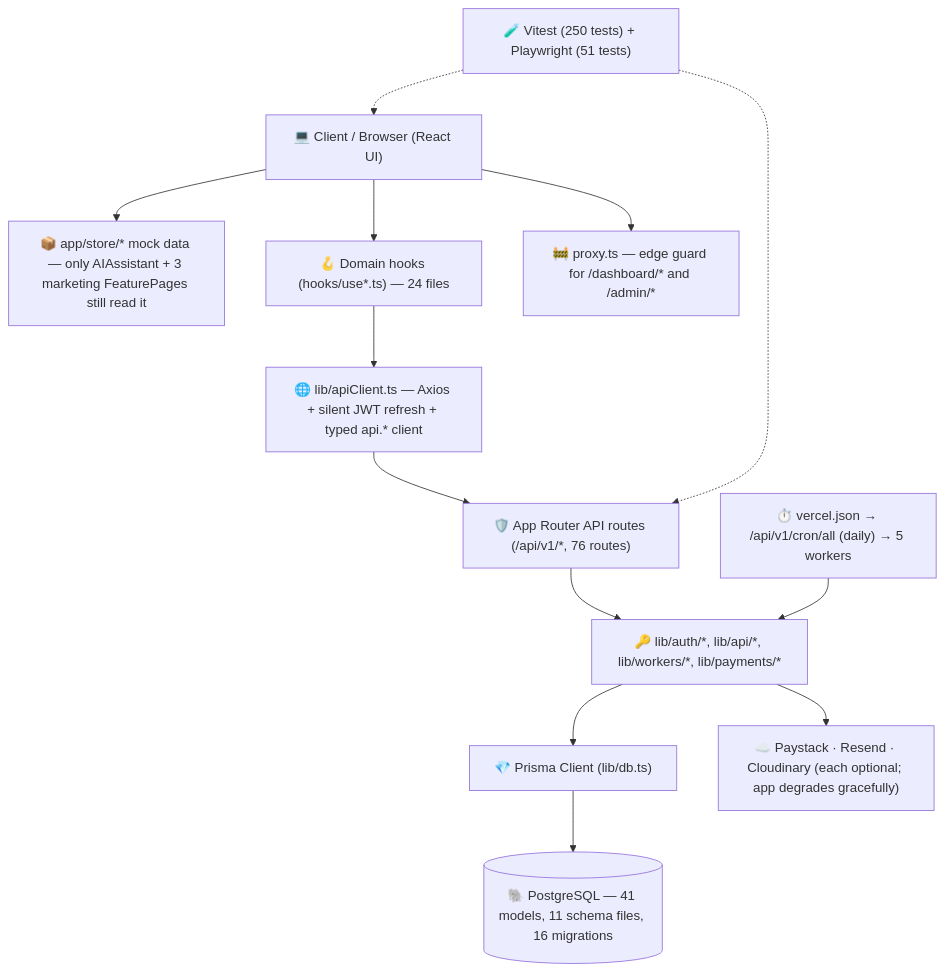
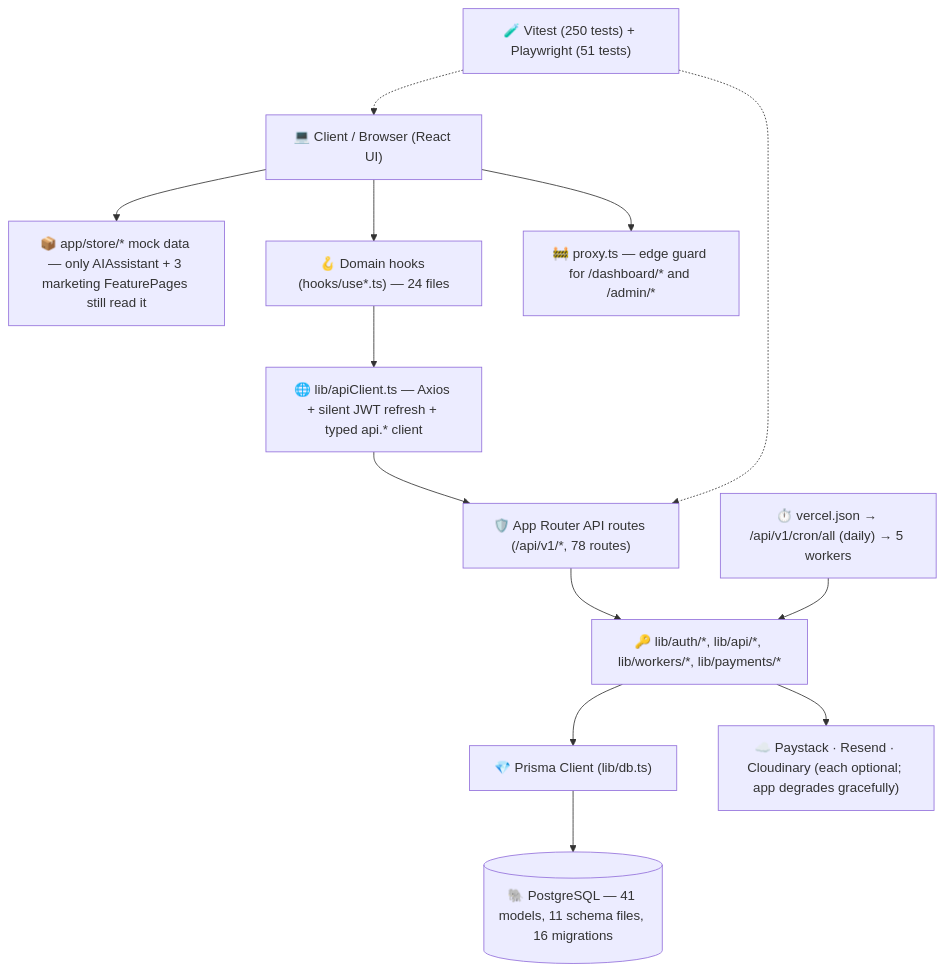
Before and after one commit to Proplity/proplity: the diagram in PROJECT_STRUCTURE.md, drawn with Mermaid. The commit also changed other lines of this file and 40 other files, not shown here.

First line of the commit message:
fix: flow gaps in applications, viewings, vendors and the AI assistant (ISS-045..048) + vendor verification

````diff
--- a/PROJECT_STRUCTURE.md
+++ b/PROJECT_STRUCTURE.md
@@ -11,28 +11,28 @@
 ```mermaid
 graph TD
     Client["💻 Client / Browser (React UI)"]
     Store["📦 app/store/* mock data — only AIAssistant + 3 marketing FeaturePages still read it"]
     Hooks["🪝 Domain hooks (hooks/use*.ts) — 24 files"]
     ApiClient["🌐 lib/apiClient.ts — Axios + silent JWT refresh + typed api.* client"]
     Proxy["🚧 proxy.ts — edge guard for /dashboard/* and /admin/*"]
-    NextApi["🛡️ App Router API routes (/api/v1/*, 76 routes)"]
+    NextApi["🛡️ App Router API routes (/api/v1/*, 78 routes)"]
     LibCore["🔑 lib/auth/*, lib/api/*, lib/workers/*, lib/payments/*"]
     PrismaClient["💎 Prisma Client (lib/db.ts)"]
     Postgres[("🐘 PostgreSQL — 41 models, 11 schema files, 16 migrations")]
     Cron["⏱️ vercel.json → /api/v1/cron/all (daily) → 5 workers"]
     Ext["☁️ Paystack · Resend · Cloudinary (each optional; app degrades gracefully)"]
     Tests["🧪 Vitest (250 tests) + Playwright (51 tests)"]
 
     Client --> Store
     Client --> Proxy
     Client --> Hooks
     Hooks --> ApiClient
     ApiClient --> NextApi
     NextApi --> LibCore
     LibCore --> PrismaClient
     LibCore --> Ext
     Cron --> LibCore
     PrismaClient --> Postgres
     Tests -.-> NextApi
     Tests -.-> Client
 ```
````
